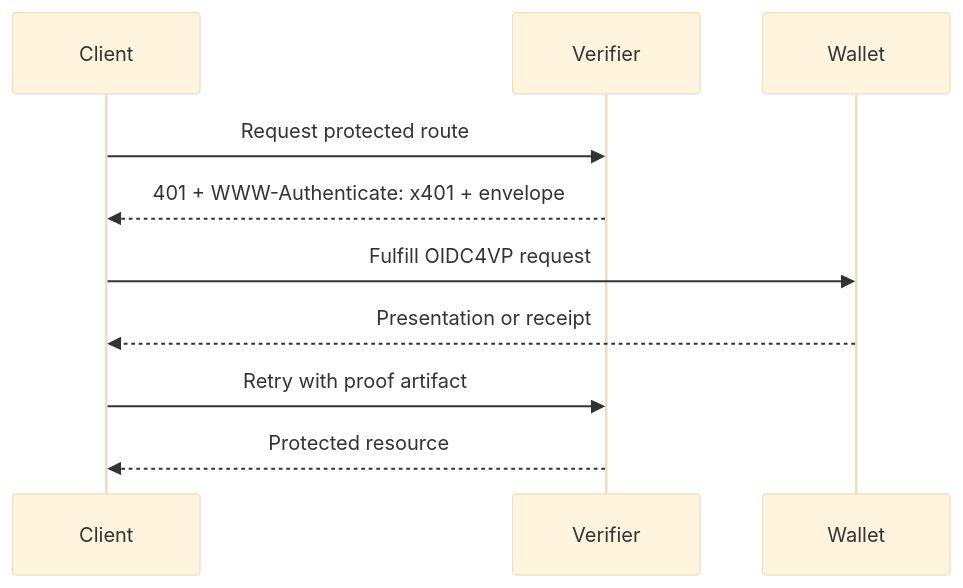
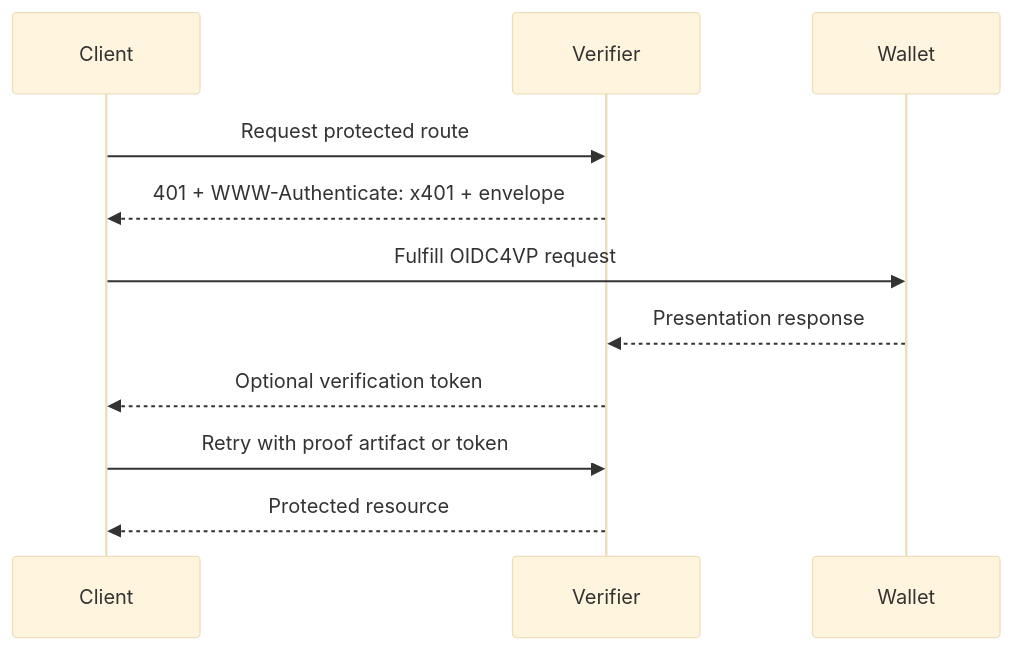
The first of 2 diagrams in spec.md (csuwildcat/P401), drawn with Mermaid (base theme) before and after one commit. The commit also changed other lines of this file and 2 other files, not shown here.

Commit message:
Adding delegation and reusable token

````diff
--- a/spec.md
+++ b/spec.md
@@ -120,12 +136,13 @@
 ```mermaid
 sequenceDiagram
     participant Client
     participant Verifier
     participant Wallet
     Client->>Verifier: Request protected route
     Verifier-->>Client: 401 + WWW-Authenticate: x401 + envelope
     Client->>Wallet: Fulfill OIDC4VP request
-    Wallet-->>Client: Presentation or receipt
-    Client->>Verifier: Retry with proof artifact
+    Wallet-->>Verifier: Presentation response
+    Verifier-->>Client: Optional verification token
+    Client->>Verifier: Retry with proof artifact or token
     Verifier-->>Client: Protected resource
 ```
````
